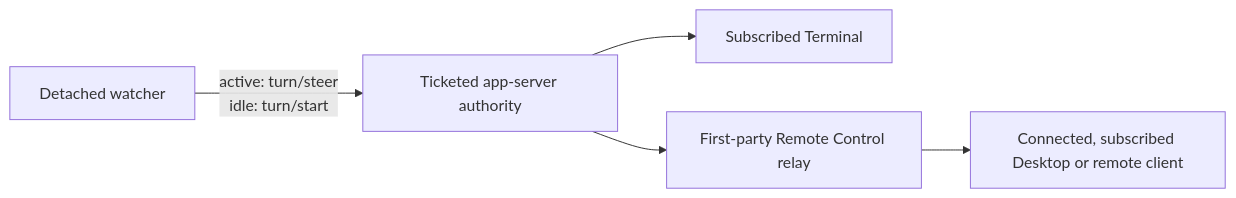
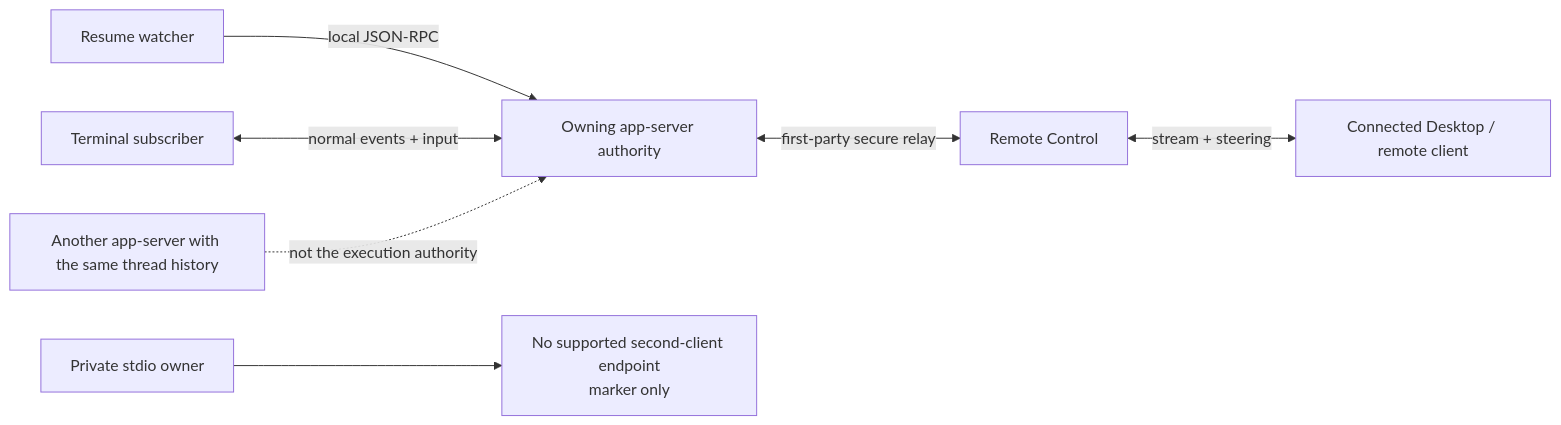
Diagram 12 of 14 in README.md (zycccishere/codex-resume-after-wait), drawn with Mermaid before and after one commit. The commit also changed other lines of this file, not shown here.

````diff
--- a/README.md
+++ b/README.md
@@ -22,7 +402,9 @@
 ```mermaid
 flowchart LR
-    W["Detached watcher"] -->|"active: turn/steer\nidle: turn/start"| A["Ticketed app-server authority"]
-    A --> T["Subscribed Terminal"]
-    A --> R["First-party Remote Control relay"]
-    R --> D["Connected, subscribed Desktop or remote client"]
+    W["Resume watcher"] -->|"local JSON-RPC"| A["Owning app-server authority"]
+    T["Terminal subscriber"] <-->|"normal events + input"| A
+    A <-->|"first-party secure relay"| R["Remote Control"]
+    R <-->|"stream + steering"| D["Connected Desktop / remote client"]
+    H["Another app-server with the same thread history"] -. "not the execution authority" .-> A
+    P["Private stdio owner"] --> NO["No supported second-client endpoint<br/>marker only"]
 ```
````
